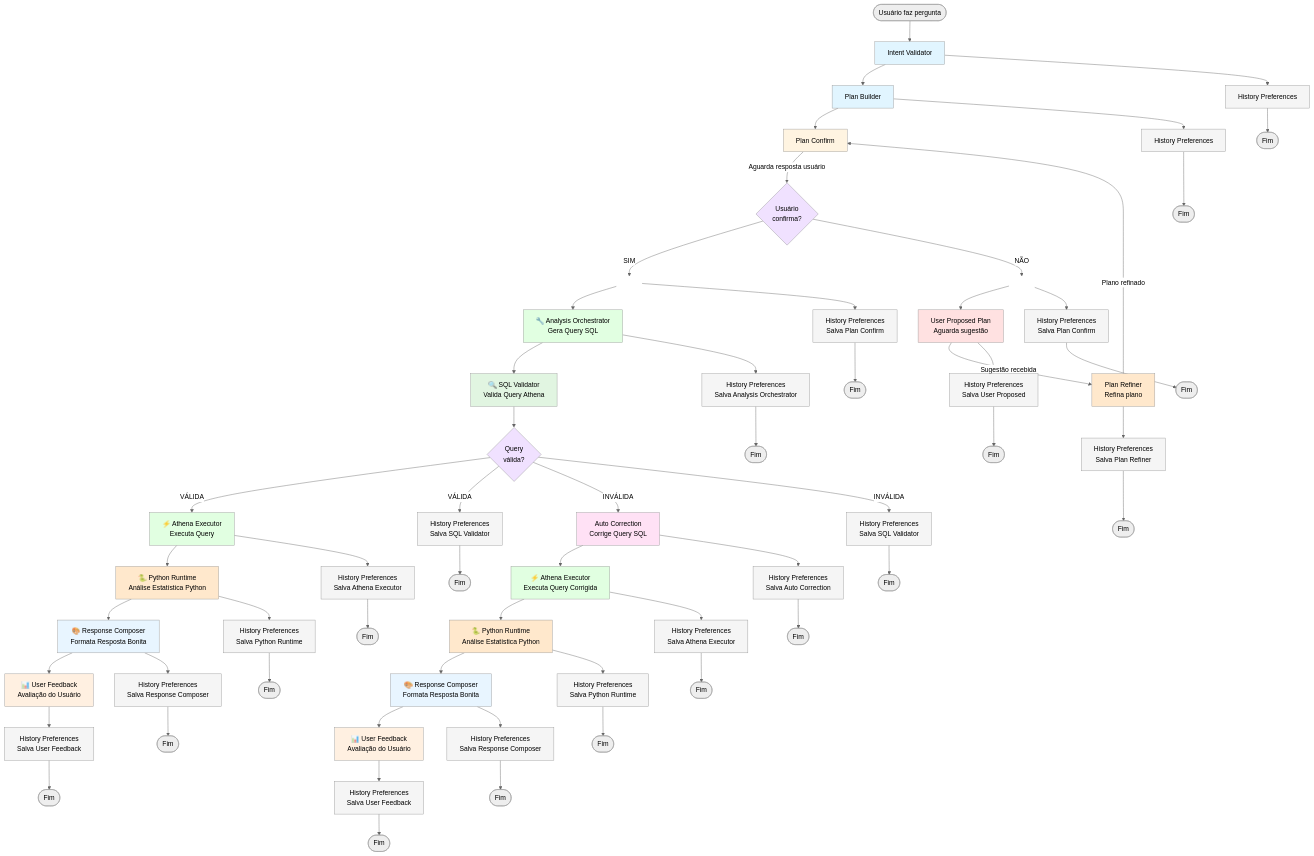
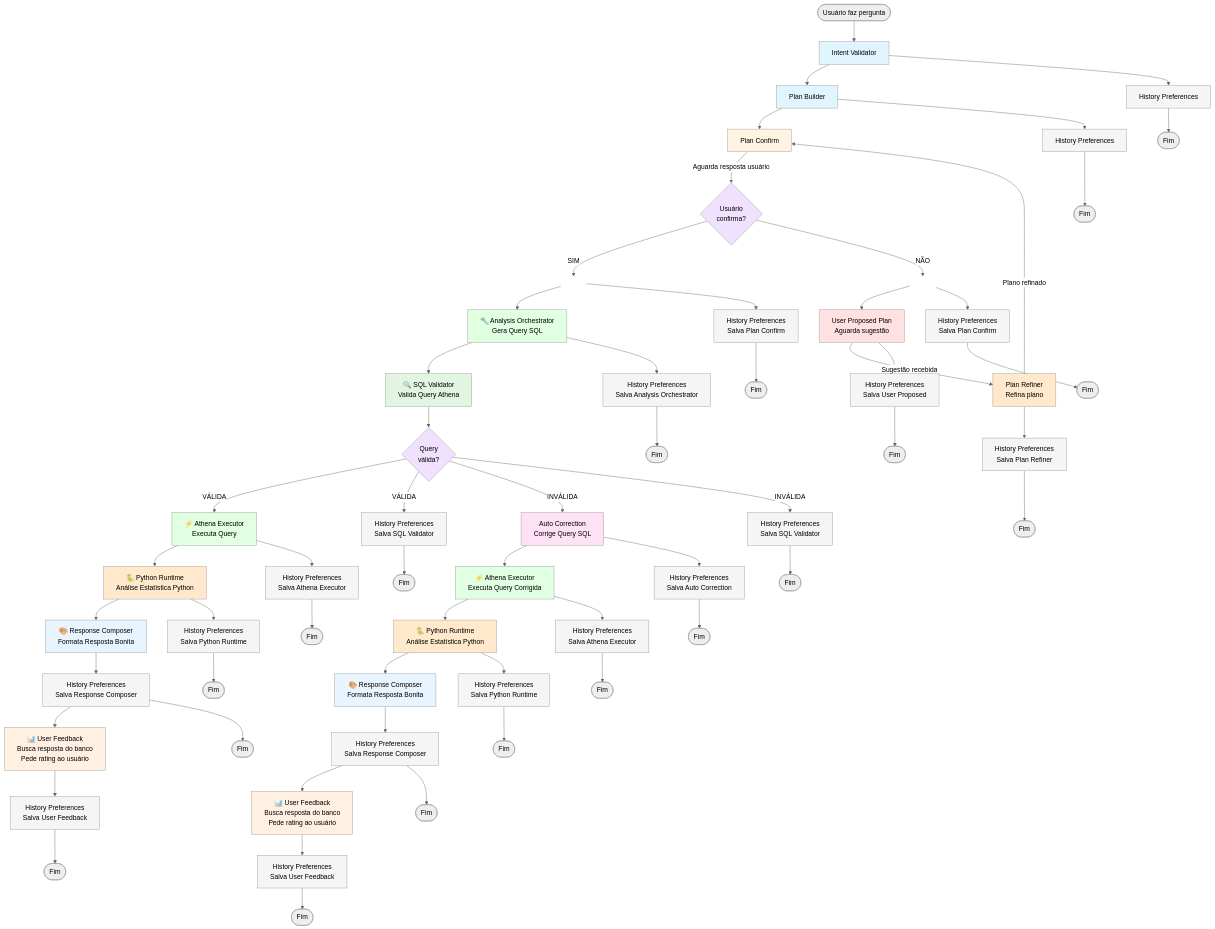
The diagram in actual_state_solution/graph_orchestrator_flow.mmd (thigarciaj/ezpocket), drawn with Mermaid (neutral theme) before and after one commit.

Commit message:
docs: Atualizar diagrama Mermaid com fluxo correto do User Feedback
- Response Composer → History (salva)
- History → User Feedback (busca do banco + pede rating)
- User Feedback → History (salva feedback)
- Fluxo sequencial correto refletido no diagrama

```diff
--- a/actual_state_solution/graph_orchestrator_flow.mmd
+++ b/actual_state_solution/graph_orchestrator_flow.mmd
@@ -1,125 +1,127 @@
 graph TD
     Start([Usuário faz pergunta]) --> IntentValidator[Intent Validator]
     
     IntentValidator --> PlanBuilder[Plan Builder]
     IntentValidator --> H1[History Preferences]
     
     PlanBuilder --> PlanConfirm[Plan Confirm]
     PlanBuilder --> H2[History Preferences]
     
     PlanConfirm -->|Aguarda resposta usuário| Decision{Usuário<br/>confirma?}
     
     %% Ramo SIM (apenas uma seta)
     Decision -->|SIM| Yes[  ]
     Yes --> AnalysisOrchestrator["🔧 Analysis Orchestrator<br/>Gera Query SQL"]
     Yes --> H3[History Preferences<br/>Salva Plan Confirm]
 
     %% Ramo NÃO (apenas uma seta)
     Decision -->|NÃO| No[  ]
     No --> UserProposed[User Proposed Plan<br/>Aguarda sugestão]
     No --> H4[History Preferences<br/>Salva Plan Confirm]
     
     %% Fluxo após Analysis Orchestrator: Paralelo para SQL Validator + History
     AnalysisOrchestrator -->SQLValidator["🔍 SQL Validator<br/>Valida Query Athena"]
     AnalysisOrchestrator -->H5[History Preferences<br/>Salva Analysis Orchestrator]
     
     %% SQL Validator decide o fluxo baseado na validação
     SQLValidator --> ValidationDecision{Query<br/>válida?}
     
     %% Se query VÁLIDA: vai para Athena Executor + History (paralelo)
     ValidationDecision -->|VÁLIDA| AthenaExecutor["⚡ Athena Executor<br/>Executa Query"]
     ValidationDecision -->|VÁLIDA| H8[History Preferences<br/>Salva SQL Validator]
     
     %% Se query INVÁLIDA: vai para AutoCorrection + History (paralelo)
     ValidationDecision -->|INVÁLIDA| AutoCorrection[Auto Correction<br/>Corrige Query SQL]
     ValidationDecision -->|INVÁLIDA| H8B[History Preferences<br/>Salva SQL Validator]
     
     %% AutoCorrection corrige e vai para Athena Executor + History (paralelo)
     AutoCorrection --> AthenaExecutor2["⚡ Athena Executor<br/>Executa Query Corrigida"]
     AutoCorrection --> H9[History Preferences<br/>Salva Auto Correction]
     
     %% Athena Executor vai para Python Runtime + History (paralelo)
     AthenaExecutor --> PythonRuntime["🐍 Python Runtime<br/>Análise Estatística Python"]
     AthenaExecutor --> H10[History Preferences<br/>Salva Athena Executor]
     AthenaExecutor2 --> PythonRuntime2["🐍 Python Runtime<br/>Análise Estatística Python"]
     AthenaExecutor2 --> H10B[History Preferences<br/>Salva Athena Executor]
     
     %% Python Runtime vai para Response Composer + History (paralelo)
     PythonRuntime --> ResponseComposer["🎨 Response Composer<br/>Formata Resposta Bonita"]
     PythonRuntime --> H11[History Preferences<br/>Salva Python Runtime]
     PythonRuntime2 --> ResponseComposer2["🎨 Response Composer<br/>Formata Resposta Bonita"]
     PythonRuntime2 --> H12[History Preferences<br/>Salva Python Runtime]
     
-    %% Response Composer vai para User Feedback (OPCIONAL) + History (paralelo)
-    ResponseComposer --> UserFeedback["📊 User Feedback<br/>Avaliação do Usuário"]
+    %% Response Composer vai para History primeiro
     ResponseComposer --> H13[History Preferences<br/>Salva Response Composer]
-    ResponseComposer2 --> UserFeedback2["📊 User Feedback<br/>Avaliação do Usuário"]
     ResponseComposer2 --> H14[History Preferences<br/>Salva Response Composer]
     
-    %% User Feedback salva no History
+    %% History chama User Feedback após salvar Response Composer
+    H13 --> UserFeedback["📊 User Feedback<br/>Busca resposta do banco<br/>Pede rating ao usuário"]
+    H14 --> UserFeedback2["📊 User Feedback<br/>Busca resposta do banco<br/>Pede rating ao usuário"]
+    
+    %% User Feedback salva no History (última etapa)
     UserFeedback --> H15[History Preferences<br/>Salva User Feedback]
     UserFeedback2 --> H16[History Preferences<br/>Salva User Feedback]
     
     UserProposed -->|Sugestão recebida| PlanRefiner[Plan Refiner<br/>Refina plano]
     UserProposed --> H6[History Preferences<br/>Salva User Proposed]
     
     PlanRefiner -->|Plano refinado| PlanConfirm
     PlanRefiner --> H7[History Preferences<br/>Salva Plan Refiner]
     
     H1 --> End1([Fim])
     H2 --> End2([Fim])
     H3 --> End3([Fim])
     H4 --> End4([Fim])
     H5 --> End5([Fim])
     H6 --> End6([Fim])
     H7 --> End7([Fim])
     H8 --> End8([Fim])
     H8B --> End8B([Fim])
     H9 --> End9([Fim])
     H10 --> End10([Fim])
     H10B --> End10B([Fim])
     H11 --> End11([Fim])
     H12 --> End12([Fim])
     H13 --> End13([Fim])
     H14 --> End14([Fim])
     H15 --> End15([Fim])
     H16 --> End16([Fim])
 
     style IntentValidator fill:#e1f5ff
     style PlanBuilder fill:#e1f5ff
     style PlanConfirm fill:#fff4e1
     style AnalysisOrchestrator fill:#e1ffe1
     style SQLValidator fill:#e1f5e1
     style AutoCorrection fill:#ffe1f5
     style UserProposed fill:#ffe1e1
     style PlanRefiner fill:#ffe8cc
     style Decision fill:#f0e1ff
     style ValidationDecision fill:#f0e1ff
     style Yes fill:#ffffff,stroke:#ffffff
     style No fill:#ffffff,stroke:#ffffff
     style H1 fill:#f5f5f5
     style H2 fill:#f5f5f5
     style H3 fill:#f5f5f5
     style H4 fill:#f5f5f5
     style H5 fill:#f5f5f5
     style H6 fill:#f5f5f5
     style H7 fill:#f5f5f5
     style H8 fill:#f5f5f5
     style H8B fill:#f5f5f5
     style H9 fill:#f5f5f5
     style H10 fill:#f5f5f5
     style H10B fill:#f5f5f5
     style H11 fill:#f5f5f5
     style H12 fill:#f5f5f5
     style H13 fill:#f5f5f5
     style H14 fill:#f5f5f5
     style H15 fill:#f5f5f5
     style H16 fill:#f5f5f5
     style AthenaExecutor fill:#e1ffe1
     style AthenaExecutor2 fill:#e1ffe1
     style PythonRuntime fill:#ffe8cc
     style PythonRuntime2 fill:#ffe8cc
     style ResponseComposer fill:#e8f5ff
     style ResponseComposer2 fill:#e8f5ff
     style UserFeedback fill:#fff0e1
     style UserFeedback2 fill:#fff0e1
```
